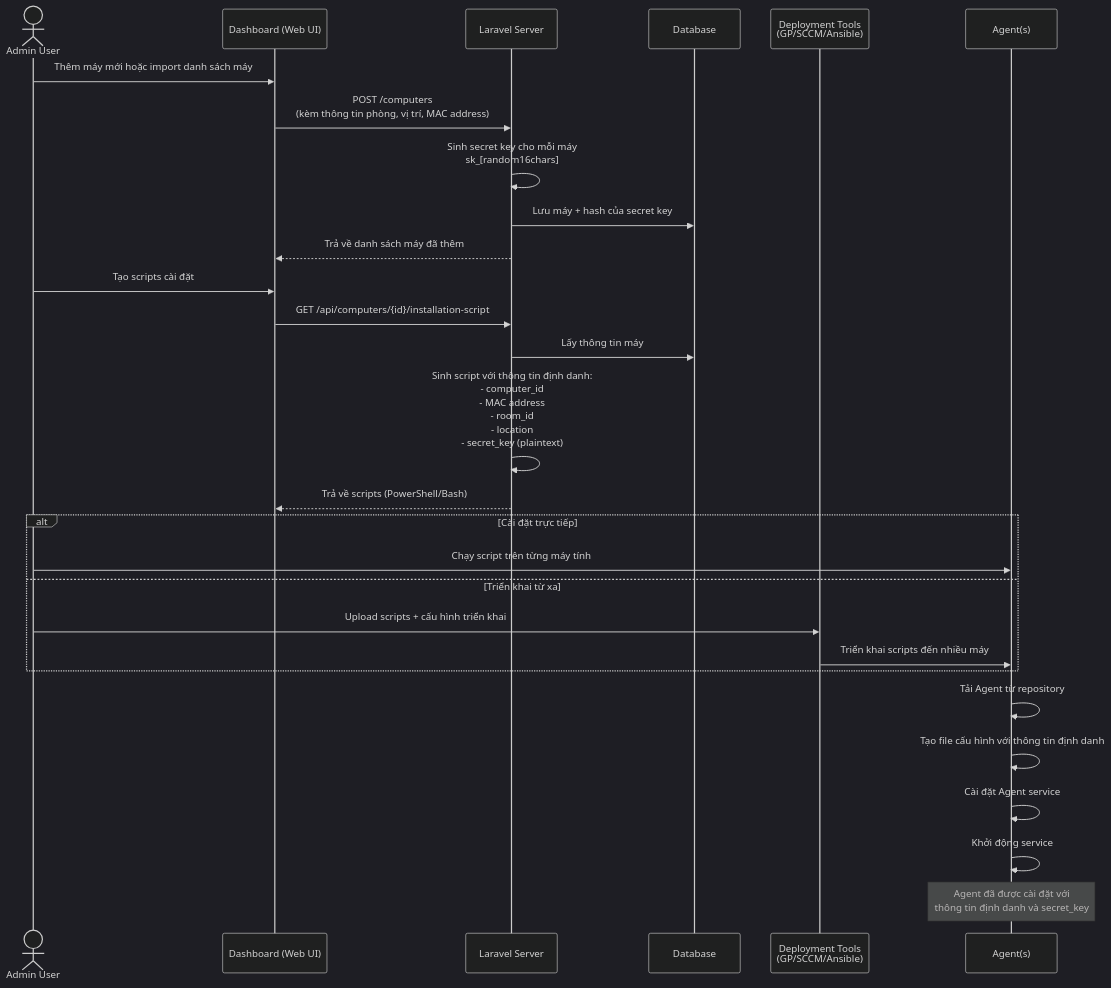
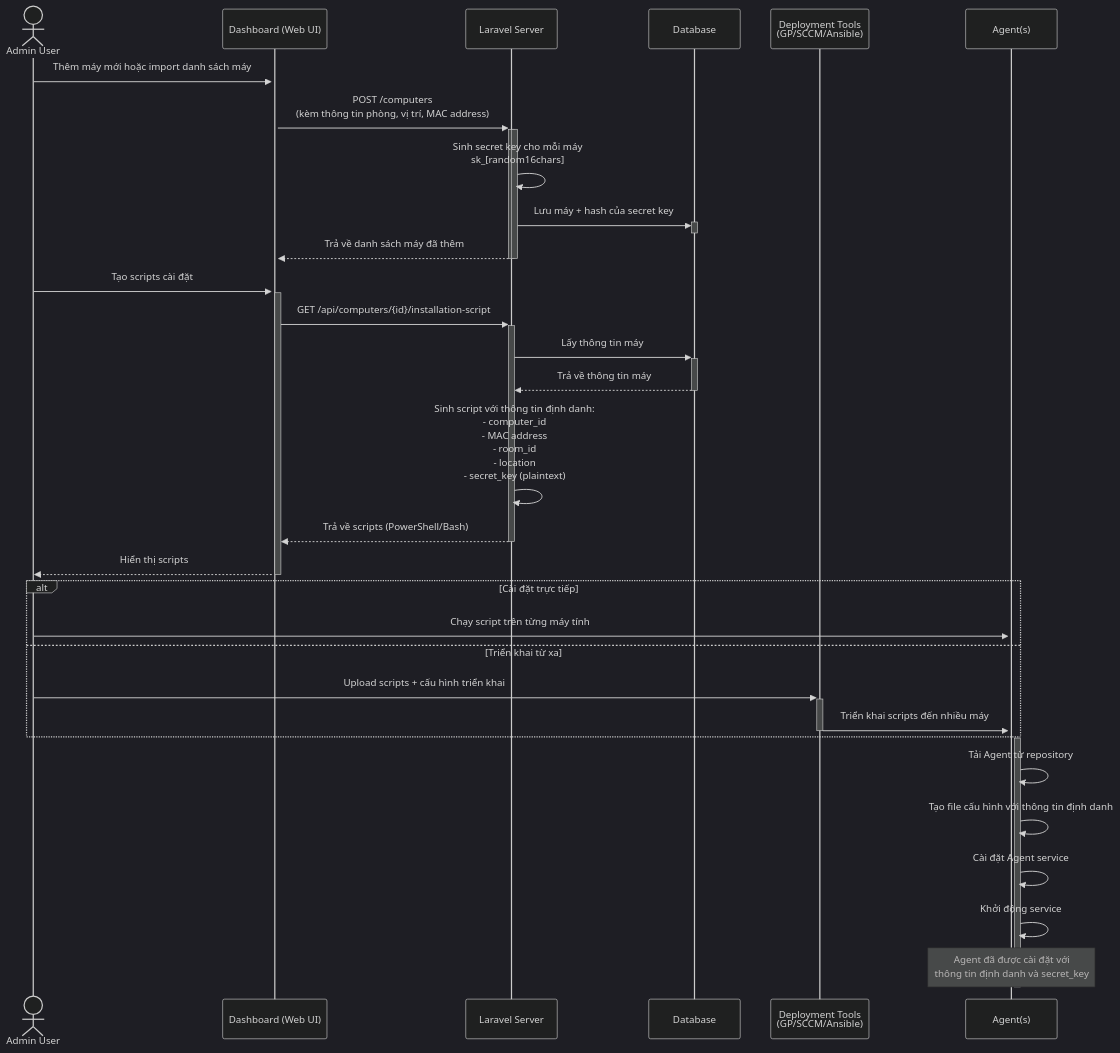
Before and after one commit to yamada5131/unilab: the first of 5 diagrams in README.md, drawn with Mermaid (dark theme). The commit also changed other lines of this file, not shown here.

Commit message:
feat: 🎸 Update sequence diagrams in README for improved clarity on Agent setup, registration, heartbeat mechanism, command execution, and result retrieval

````diff
--- a/README.md
+++ b/README.md
@@ -193,38 +193,46 @@
 ```mermaid
 sequenceDiagram
     actor U as Admin User
     participant D as Dashboard (Web UI)
     participant S as Laravel Server
     participant DB as Database
     participant DP as Deployment Tools<br>(GP/SCCM/Ansible)
     participant A as Agent(s)
 
     %% Thêm máy tính vào hệ thống
-    U->>D: Thêm máy mới hoặc import danh sách máy
-    D->>S: POST /computers<br>(kèm thông tin phòng, vị trí, MAC address)
+    U->>+D: Thêm máy mới hoặc import danh sách máy
+    D->>+S: POST /computers<br>(kèm thông tin phòng, vị trí, MAC address)
+    activate S
     S->>S: Sinh secret key cho mỗi máy<br>sk_[random16chars]
-    S->>DB: Lưu máy + hash của secret key
-    S-->>D: Trả về danh sách máy đã thêm
+    S->>+DB: Lưu máy + hash của secret key
+    deactivate DB
+    S-->>-D: Trả về danh sách máy đã thêm
+    deactivate S
     
     %% Tạo installation scripts
-    U->>D: Tạo scripts cài đặt
-    D->>S: GET /api/computers/{id}/installation-script
-    S->>DB: Lấy thông tin máy
+    U->>+D: Tạo scripts cài đặt
+    D->>+S: GET /api/computers/{id}/installation-script
+    S->>+DB: Lấy thông tin máy
+    DB-->>-S: Trả về thông tin máy
     S->>S: Sinh script với thông tin định danh:<br>- computer_id<br>- MAC address<br>- room_id<br>- location<br>- secret_key (plaintext)
-    S-->>D: Trả về scripts (PowerShell/Bash)
+    S-->>-D: Trả về scripts (PowerShell/Bash)
+    D-->>-U: Hiển thị scripts
     
     %% Triển khai cài đặt
     alt Cài đặt trực tiếp
-        U->>A: Chạy script trên từng máy tính
+        U->>+A: Chạy script trên từng máy tính
     else Triển khai từ xa
-        U->>DP: Upload scripts + cấu hình triển khai
-        DP->>A: Triển khai scripts đến nhiều máy
+        U->>+DP: Upload scripts + cấu hình triển khai
+        DP->>+A: Triển khai scripts đến nhiều máy
+        deactivate DP
     end
     
     %% Cài đặt Agent
+    activate A
     A->>A: Tải Agent từ repository
     A->>A: Tạo file cấu hình với thông tin định danh
     A->>A: Cài đặt Agent service
     A->>A: Khởi động service
     Note over A: Agent đã được cài đặt với<br>thông tin định danh và secret_key
+    deactivate A
 ```
````
